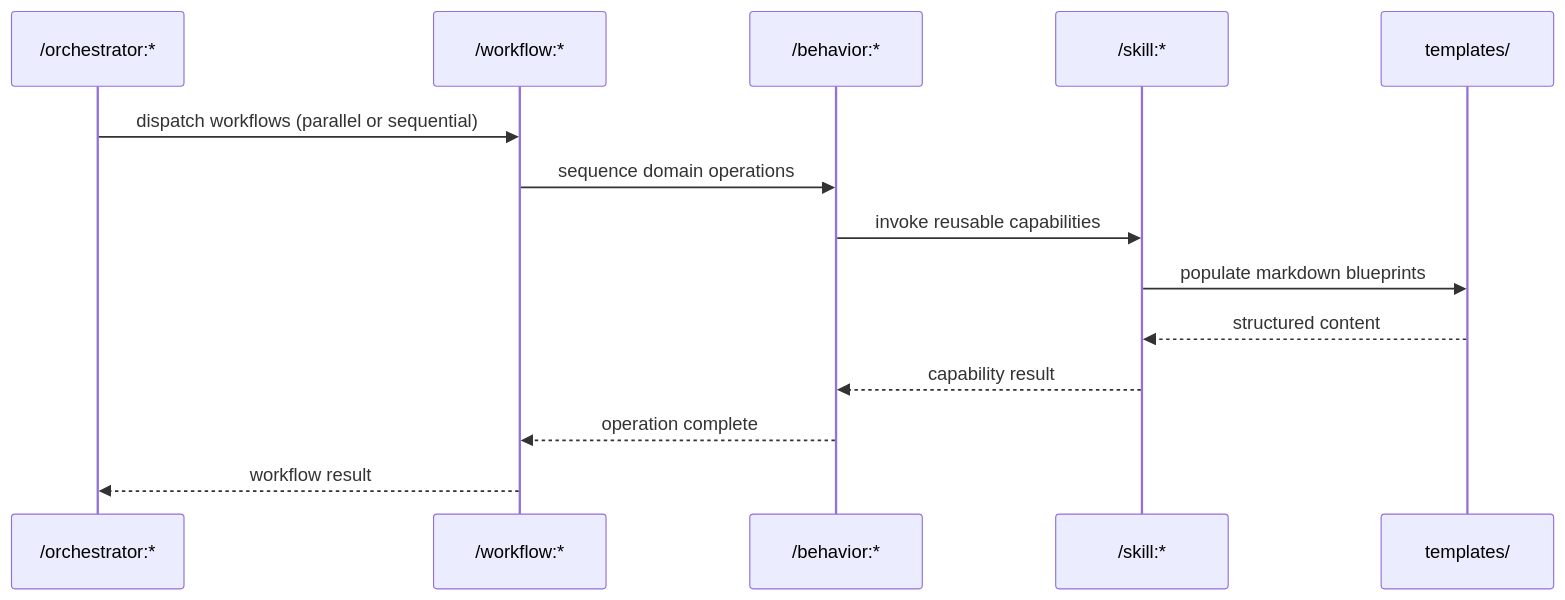
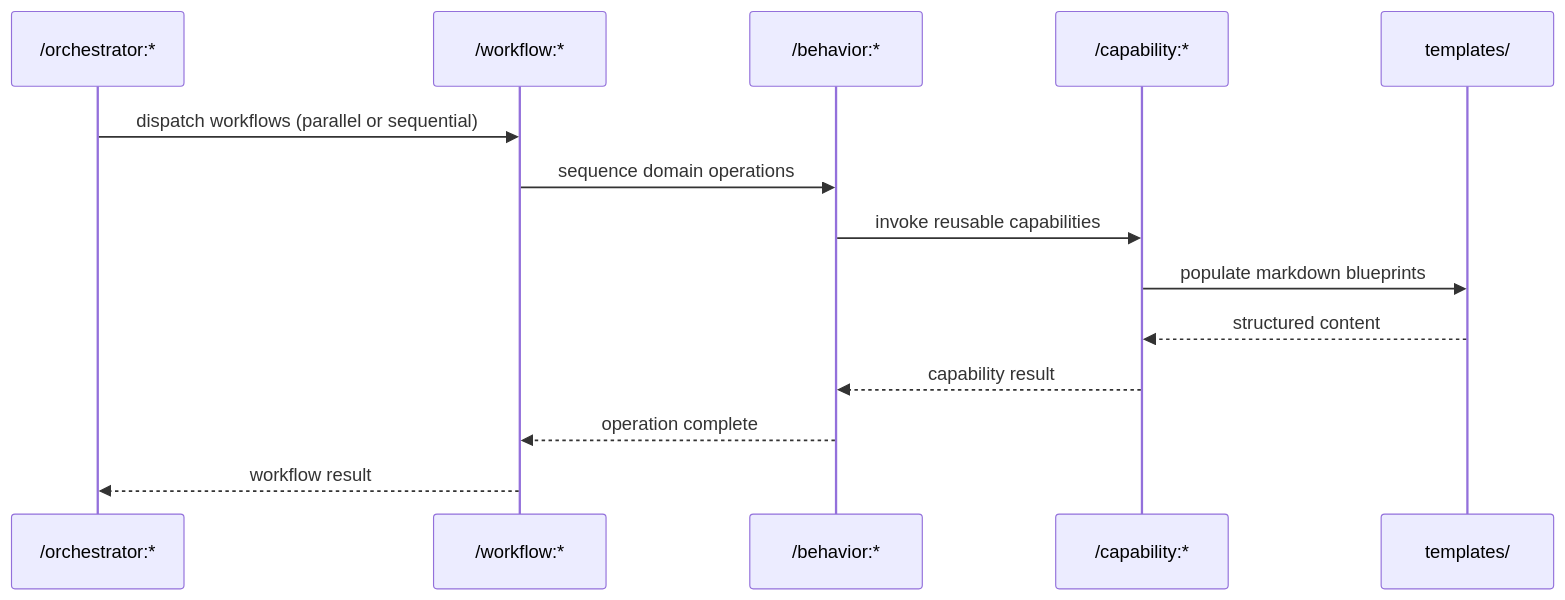
Before and after one commit to zzaia/zzaia-agentic-workspace: the first of 2 diagrams in README.md, drawn with Mermaid. The commit also changed other lines of this file and 106 other files, not shown here.

Commit message:
Change the skill layer to capability to avoid confusion between the skill pattern;

````diff
--- a/README.md
+++ b/README.md
@@ -66,17 +66,17 @@
 ```mermaid
 sequenceDiagram
     participant O as /orchestrator:*
     participant W as /workflow:*
     participant B as /behavior:*
-    participant S as /skill:*
+    participant S as /capability:*
     participant T as templates/
 
     O->>W: dispatch workflows (parallel or sequential)
     W->>B: sequence domain operations
     B->>S: invoke reusable capabilities
     S->>T: populate markdown blueprints
     T-->>S: structured content
     S-->>B: capability result
     B-->>W: operation complete
     W-->>O: workflow result
 ```
````
